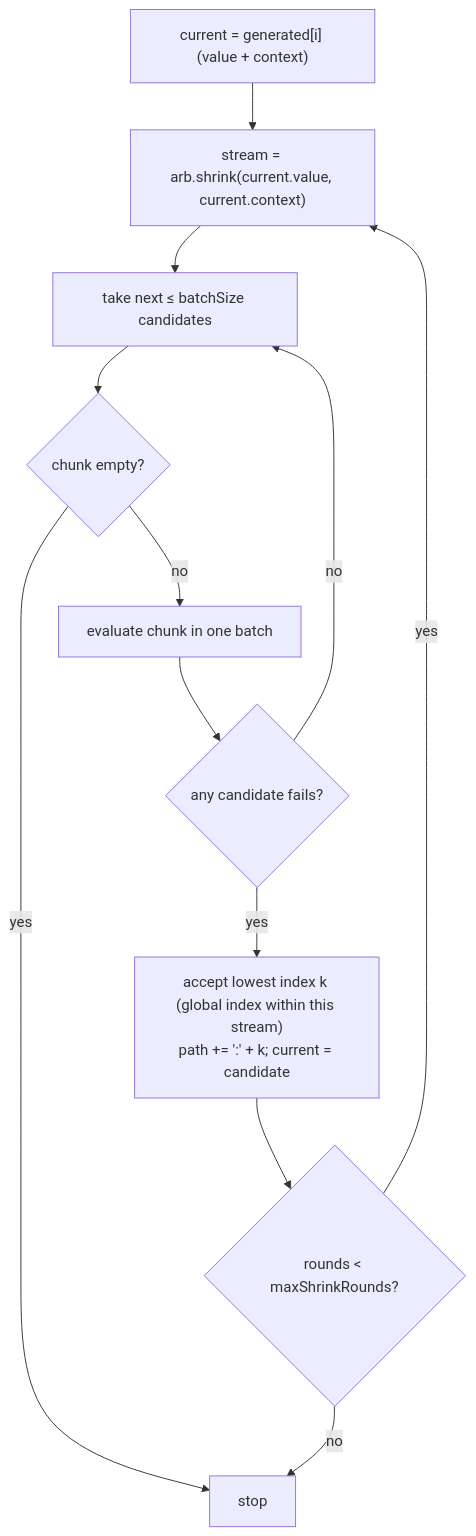
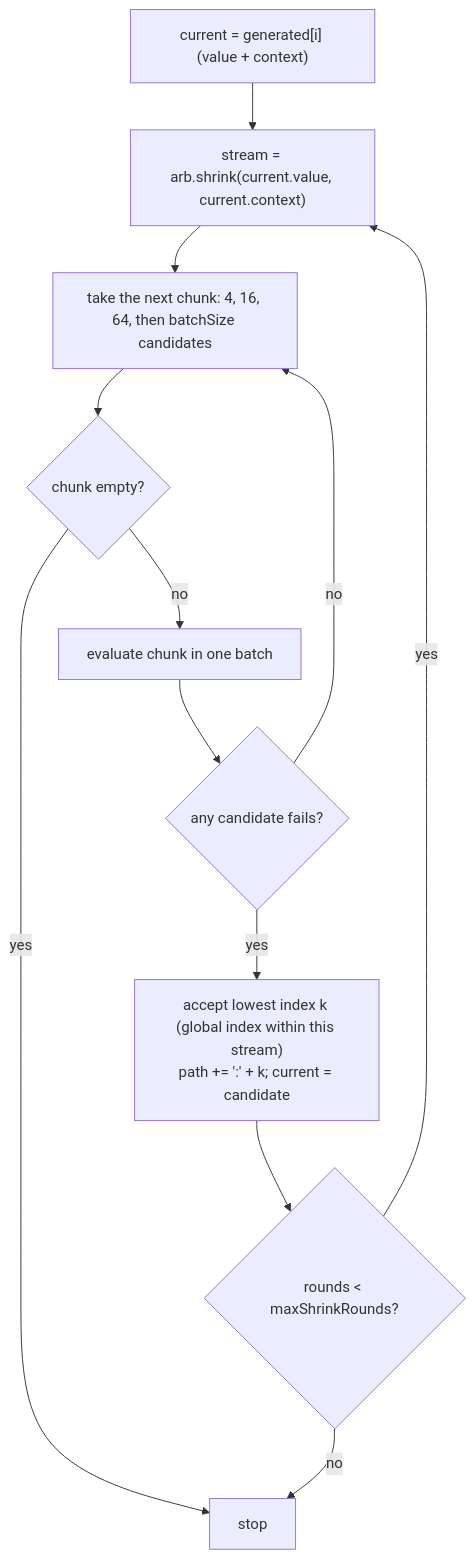
One commit to g4stein/SUTURE changed the second of 3 diagrams in .kiro/specs/03-exorcist-pbt-fuzzer/design.md. Above: the diagram before and after it, drawn with Mermaid. The commit also changed other lines of this file and 1 other file, not shown here.

````diff
--- a/.kiro/specs/03-exorcist-pbt-fuzzer/design.md
+++ b/.kiro/specs/03-exorcist-pbt-fuzzer/design.md
@@ -302,14 +306,14 @@
 ```mermaid
 flowchart TD
   S0["current = generated[i] (value + context)"] --> S1["stream = arb.shrink(current.value, current.context)"]
-  S1 --> S2["take next ≤ batchSize candidates"]
+  S1 --> S2["take the next chunk: 4, 16, 64, then batchSize candidates"]
   S2 --> S3{chunk empty?}
   S3 -- yes --> DONE[stop]
   S3 -- no --> S4["evaluate chunk in one batch"]
   S4 --> S5{any candidate fails?}
   S5 -- no --> S2
   S5 -- yes --> S6["accept lowest index k (global index within this stream)<br/>path += ':' + k; current = candidate"]
   S6 --> S7{rounds < maxShrinkRounds?}
   S7 -- yes --> S1
   S7 -- no --> DONE
 ```
````
